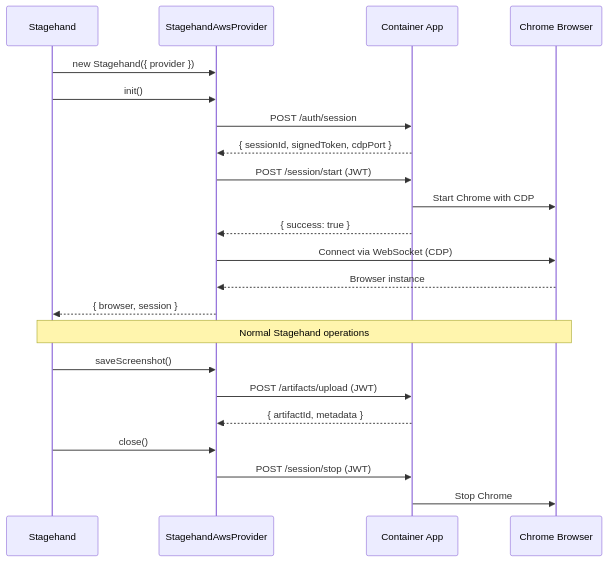
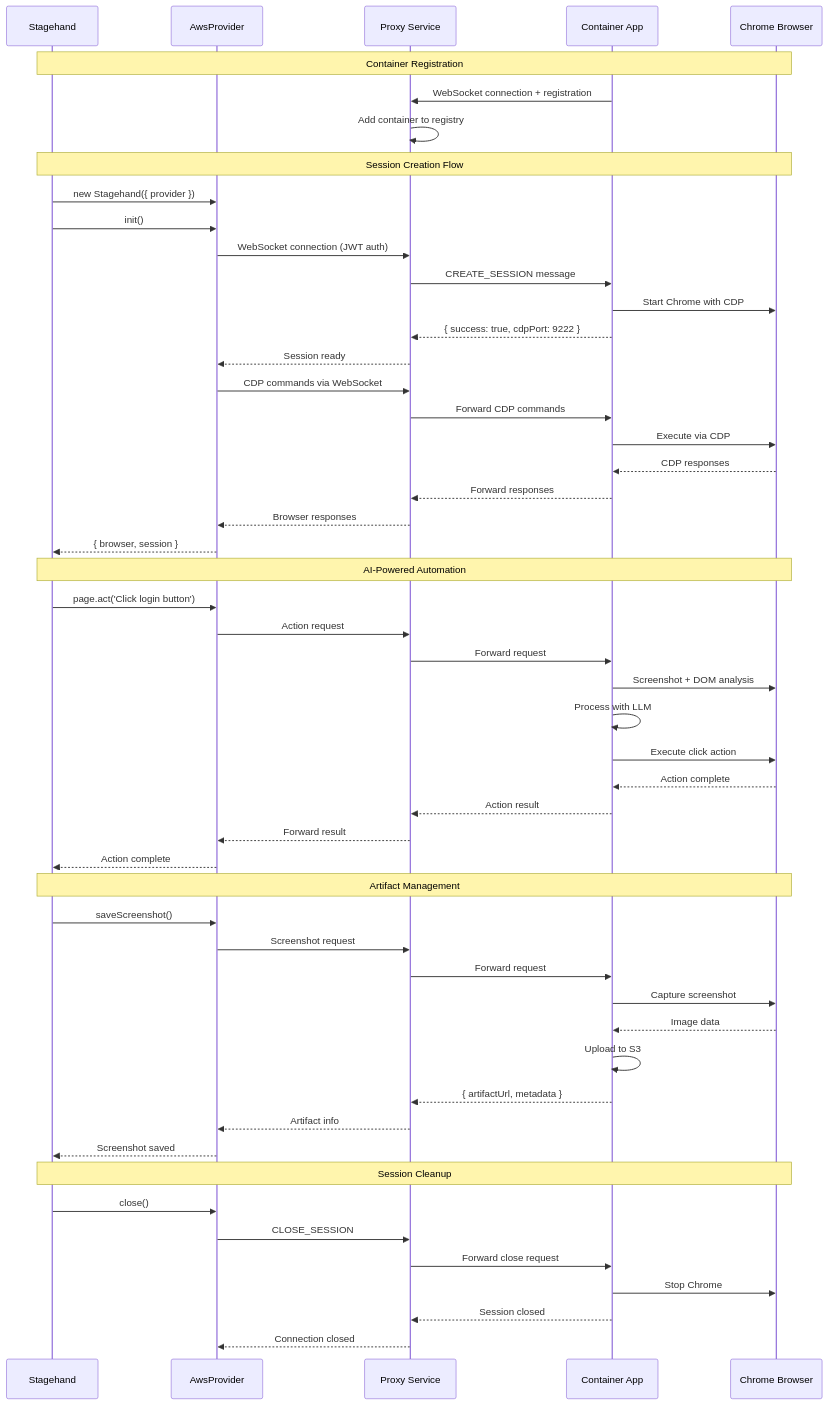
Before and after one commit to Volpestyle/wallcrawler: the fourth of 4 diagrams in README.md, drawn with Mermaid. The commit also changed other lines of this file and 29 other files, not shown here.

````diff
--- a/README.md
+++ b/README.md
@@ -110,31 +362,61 @@
 ```mermaid
 sequenceDiagram
     participant S as Stagehand
-    participant P as StagehandAwsProvider
+    participant P as AwsProvider
+    participant Proxy as Proxy Service
     participant C as Container App
     participant B as Chrome Browser
 
+    Note over S,B: Container Registration
+    C->>Proxy: WebSocket connection + registration
+    Proxy->>Proxy: Add container to registry
+
+    Note over S,B: Session Creation Flow
     S->>P: new Stagehand({ provider })
     S->>P: init()
 
-    P->>C: POST /auth/session
-    C-->>P: { sessionId, signedToken, cdpPort }
+    P->>Proxy: WebSocket connection (JWT auth)
+    Proxy->>C: CREATE_SESSION message
+    C->>B: Start Chrome with CDP
+    C-->>Proxy: { success: true, cdpPort: 9222 }
+    Proxy-->>P: Session ready
 
-    P->>C: POST /session/start (JWT)
-    C->>B: Start Chrome with CDP
-    C-->>P: { success: true }
-
-    P->>B: Connect via WebSocket (CDP)
-    B-->>P: Browser instance
+    P->>Proxy: CDP commands via WebSocket
+    Proxy->>C: Forward CDP commands
+    C->>B: Execute via CDP
+    B-->>C: CDP responses
+    C-->>Proxy: Forward responses
+    Proxy-->>P: Browser responses
     P-->>S: { browser, session }
 
-    Note over S,B: Normal Stagehand operations
+    Note over S,B: AI-Powered Automation
+    S->>P: page.act('Click login button')
+    P->>Proxy: Action request
+    Proxy->>C: Forward request
+    C->>B: Screenshot + DOM analysis
+    C->>C: Process with LLM
+    C->>B: Execute click action
+    B-->>C: Action complete
+    C-->>Proxy: Action result
+    Proxy-->>P: Forward result
+    P-->>S: Action complete
 
+    Note over S,B: Artifact Management
     S->>P: saveScreenshot()
-    P->>C: POST /artifacts/upload (JWT)
-    C-->>P: { artifactId, metadata }
+    P->>Proxy: Screenshot request
+    Proxy->>C: Forward request
+    C->>B: Capture screenshot
+    B-->>C: Image data
+    C->>C: Upload to S3
+    C-->>Proxy: { artifactUrl, metadata }
+    Proxy-->>P: Artifact info
+    P-->>S: Screenshot saved
 
+    Note over S,B: Session Cleanup
     S->>P: close()
-    P->>C: POST /session/stop (JWT)
+    P->>Proxy: CLOSE_SESSION
+    Proxy->>C: Forward close request
     C->>B: Stop Chrome
+    C-->>Proxy: Session closed
+    Proxy-->>P: Connection closed
 ```
````
